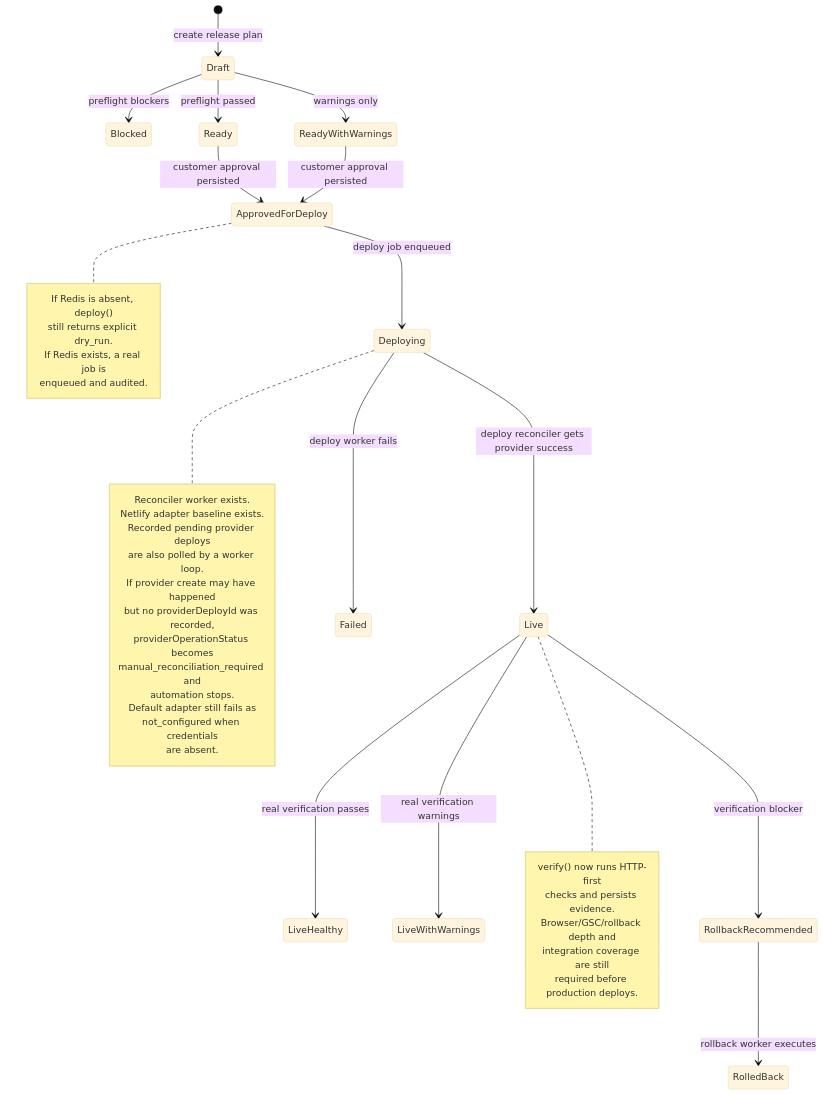
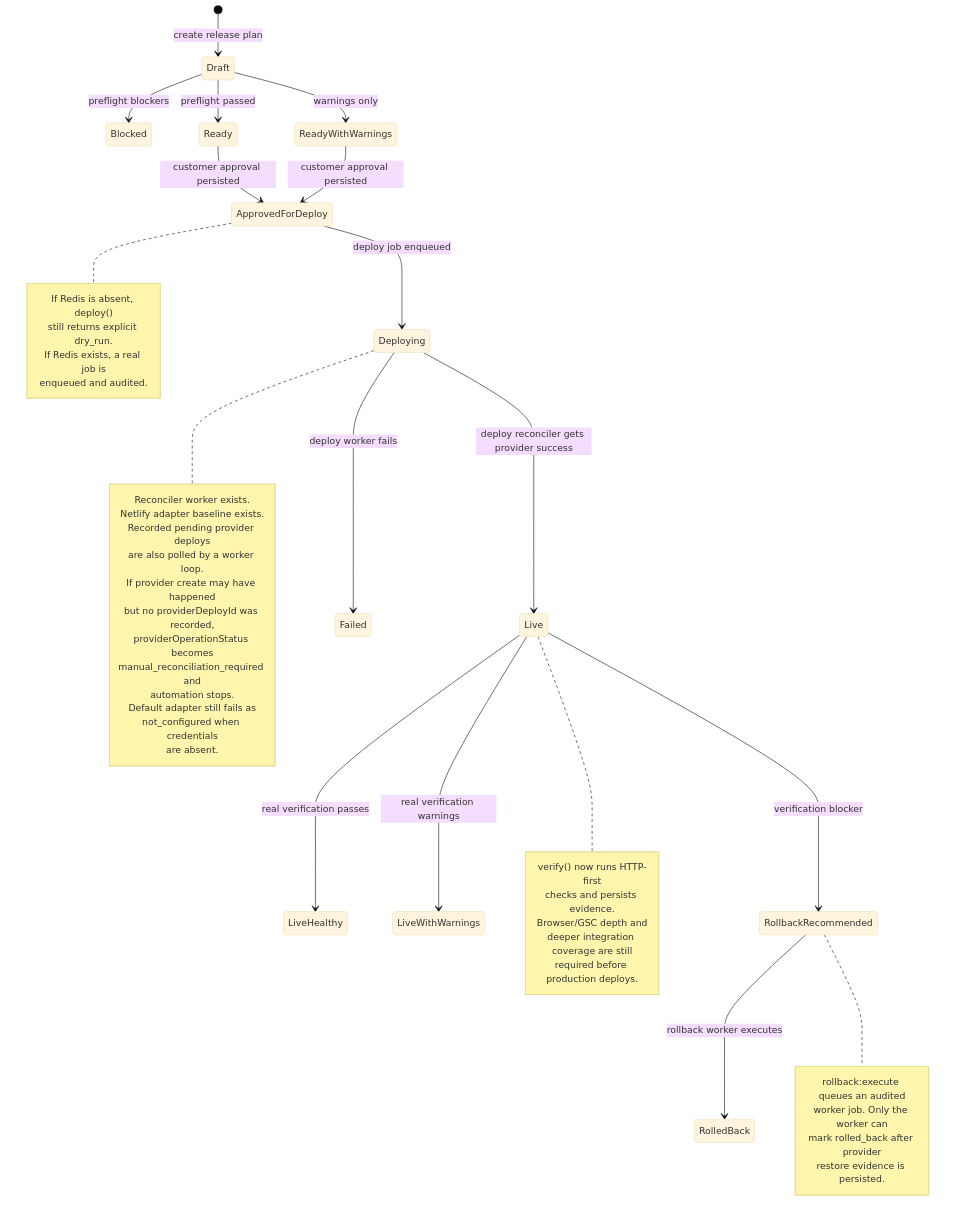
Before and after one commit to mayett515/Seo_automatisation: the second of 3 diagrams in docs/architecture/backend-foundation-status.md, drawn with Mermaid (base theme). The commit also changed other lines of this file and 20 other files, not shown here.

````diff
--- a/docs/architecture/backend-foundation-status.md
+++ b/docs/architecture/backend-foundation-status.md
@@ -64,46 +65,53 @@
 ```mermaid
 stateDiagram-v2
   [*] --> Draft: create release plan
   Draft --> Blocked: preflight blockers
   Draft --> Ready: preflight passed
   Draft --> ReadyWithWarnings: warnings only
   Ready --> ApprovedForDeploy: customer approval persisted
   ReadyWithWarnings --> ApprovedForDeploy: customer approval persisted
   ApprovedForDeploy --> Deploying: deploy job enqueued
   Deploying --> Live: deploy reconciler gets provider success
   Deploying --> Failed: deploy worker fails
   Live --> LiveHealthy: real verification passes
   Live --> LiveWithWarnings: real verification warnings
   Live --> RollbackRecommended: verification blocker
   RollbackRecommended --> RolledBack: rollback worker executes
 
   note right of Deploying
     Reconciler worker exists.
     Netlify adapter baseline exists.
     Recorded pending provider deploys
     are also polled by a worker loop.
     If provider create may have happened
     but no providerDeployId was recorded,
     providerOperationStatus becomes
     manual_reconciliation_required and
     automation stops.
     Default adapter still fails as
     not_configured when credentials
     are absent.
   end note
 
   note right of ApprovedForDeploy
     If Redis is absent, deploy()
     still returns explicit dry_run.
     If Redis exists, a real job is
     enqueued and audited.
   end note
 
   note right of Live
     verify() now runs HTTP-first
     checks and persists evidence.
-    Browser/GSC/rollback depth and
-    integration coverage are still
+    Browser/GSC depth and
+    deeper integration coverage are still
     required before production deploys.
   end note
+
+  note right of RollbackRecommended
+    rollback:execute queues an audited
+    worker job. Only the worker can
+    mark rolled_back after provider
+    restore evidence is persisted.
+  end note
 ```
````
